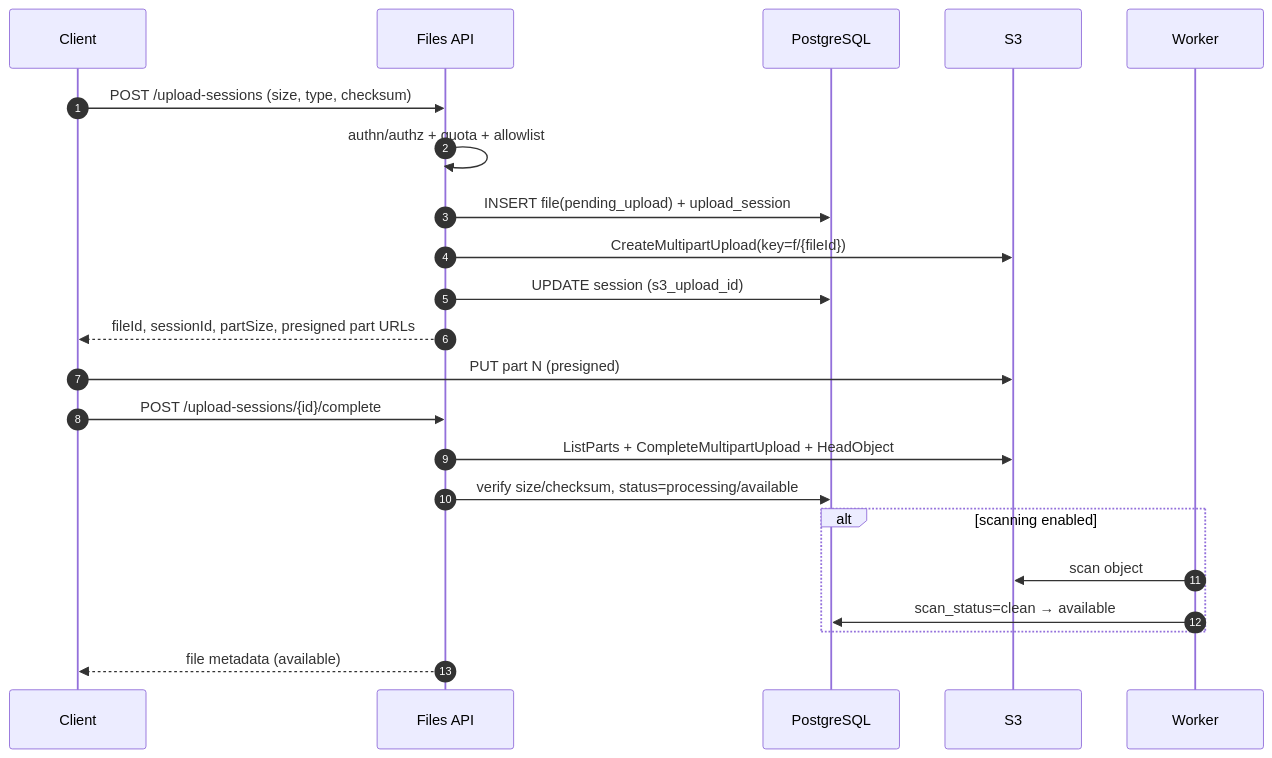
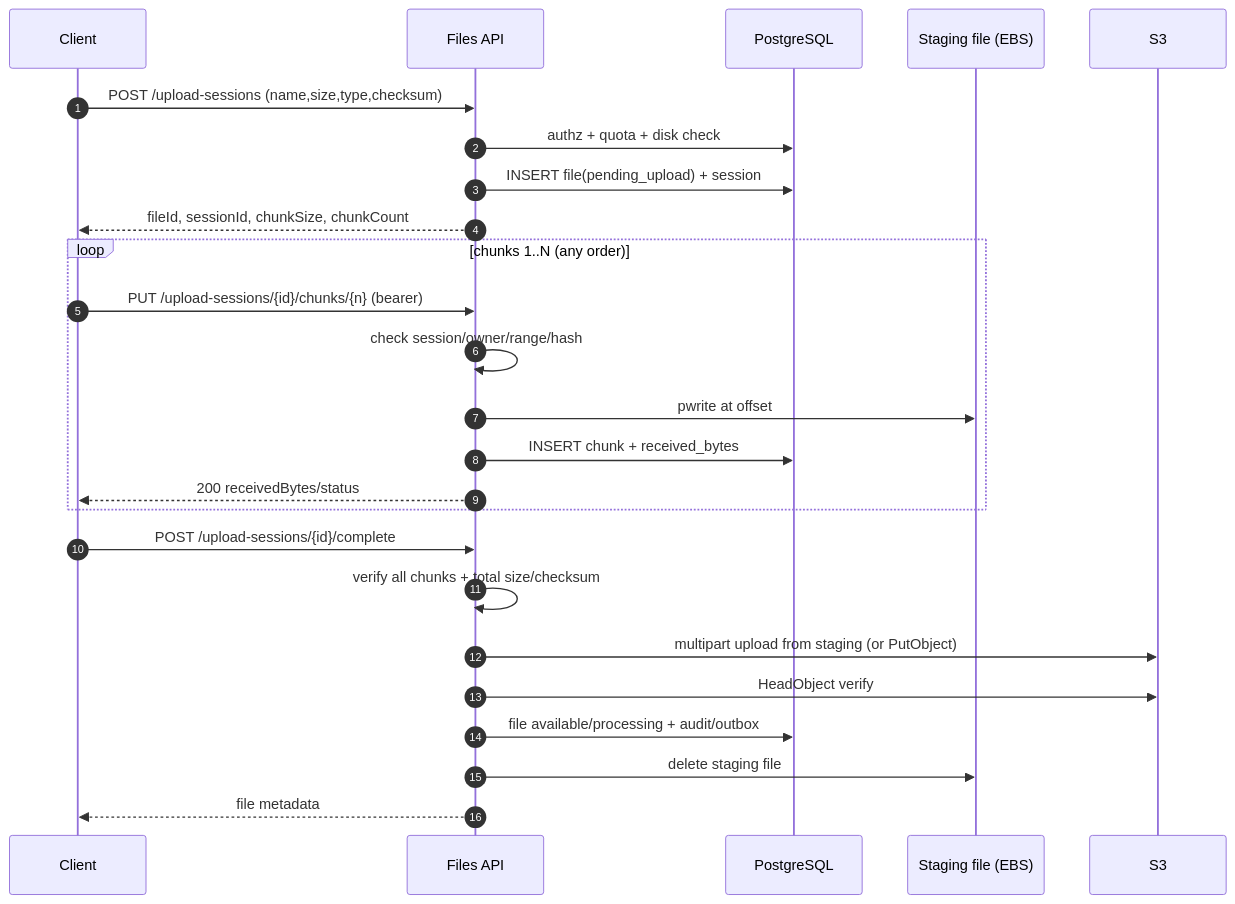
Before and after one commit to solucionesjj/files: the fourth of 6 diagrams in docs/02-architecture/architecture.md, drawn with Mermaid. The commit also changed other lines of this file and 84 other files, not shown here.

First line of the commit message:
refactor: single EC2 + exclusive S3 architecture

````diff
--- a/docs/02-architecture/architecture.md
+++ b/docs/02-architecture/architecture.md
@@ -211,25 +212,28 @@
 ```mermaid
 sequenceDiagram
   autonumber
   participant C as Client
   participant A as Files API
   participant D as PostgreSQL
+  participant F as Staging file (EBS)
   participant S as S3
-  participant W as Worker
 
-  C->>A: POST /upload-sessions (size, type, checksum)
-  A->>A: authn/authz + quota + allowlist
-  A->>D: INSERT file(pending_upload) + upload_session
-  A->>S: CreateMultipartUpload(key=f/{fileId})
-  A->>D: UPDATE session (s3_upload_id)
-  A-->>C: fileId, sessionId, partSize, presigned part URLs
-  C->>S: PUT part N (presigned)
+  C->>A: POST /upload-sessions (name,size,type,checksum)
+  A->>D: authz + quota + disk check
+  A->>D: INSERT file(pending_upload) + session
+  A-->>C: fileId, sessionId, chunkSize, chunkCount
+  loop chunks 1..N (any order)
+    C->>A: PUT /upload-sessions/{id}/chunks/{n} (bearer)
+    A->>A: check session/owner/range/hash
+    A->>F: pwrite at offset
+    A->>D: INSERT chunk + received_bytes
+    A-->>C: 200 receivedBytes/status
+  end
   C->>A: POST /upload-sessions/{id}/complete
-  A->>S: ListParts + CompleteMultipartUpload + HeadObject
-  A->>D: verify size/checksum, status=processing/available
-  alt scanning enabled
-    W->>S: scan object
-    W->>D: scan_status=clean → available
-  end
-  A-->>C: file metadata (available)
+  A->>A: verify all chunks + total size/checksum
+  A->>S: multipart upload from staging (or PutObject)
+  A->>S: HeadObject verify
+  A->>D: file available/processing + audit/outbox
+  A->>F: delete staging file
+  A-->>C: file metadata
 ```
````
